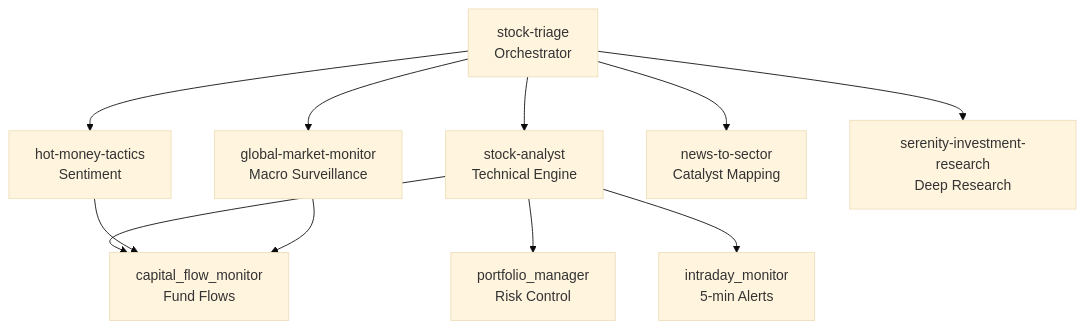
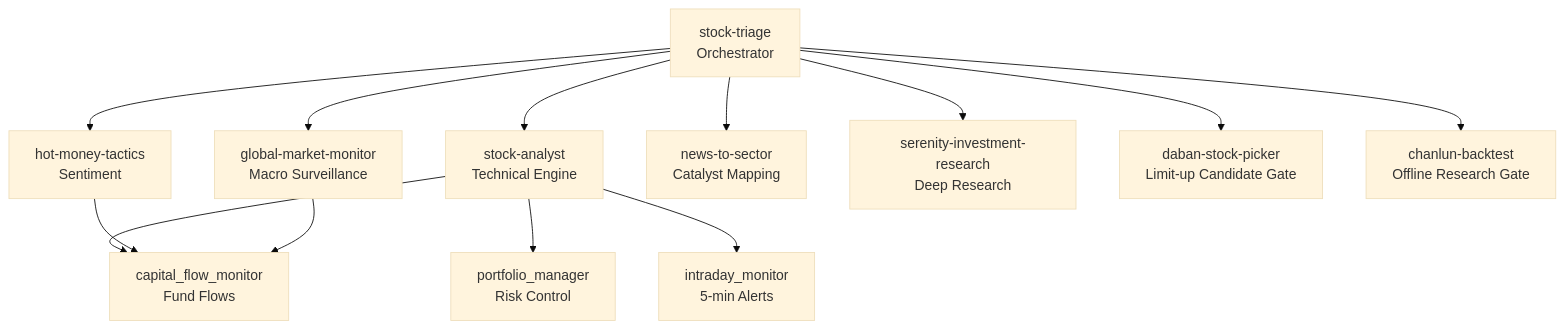
Before and after one commit to Eleven1111/a-stock-agent-system: the diagram in README.md, drawn with Mermaid (base theme). The commit also changed other lines of this file and 15 other files, not shown here.

````diff
--- a/README.md
+++ b/README.md
@@ -22,14 +22,16 @@
 ```mermaid
 graph TD
     TRIAGE[stock-triage<br/>Orchestrator] --> ANALYST[stock-analyst<br/>Technical Engine]
     TRIAGE --> HOTMONEY[hot-money-tactics<br/>Sentiment]
     TRIAGE --> GLOBAL[global-market-monitor<br/>Macro Surveillance]
     TRIAGE --> NEWS[news-to-sector<br/>Catalyst Mapping]
     TRIAGE --> SERENITY[serenity-investment-research<br/>Deep Research]
+    TRIAGE --> DABAN[daban-stock-picker<br/>Limit-up Candidate Gate]
+    TRIAGE --> CHANLUN[chanlun-backtest<br/>Offline Research Gate]
 
     ANALYST --> FLOW[capital_flow_monitor<br/>Fund Flows]
     ANALYST --> PORT[portfolio_manager<br/>Risk Control]
     ANALYST --> INTRA[intraday_monitor<br/>5-min Alerts]
     HOTMONEY --> FLOW
     GLOBAL --> FLOW
 ```
````
